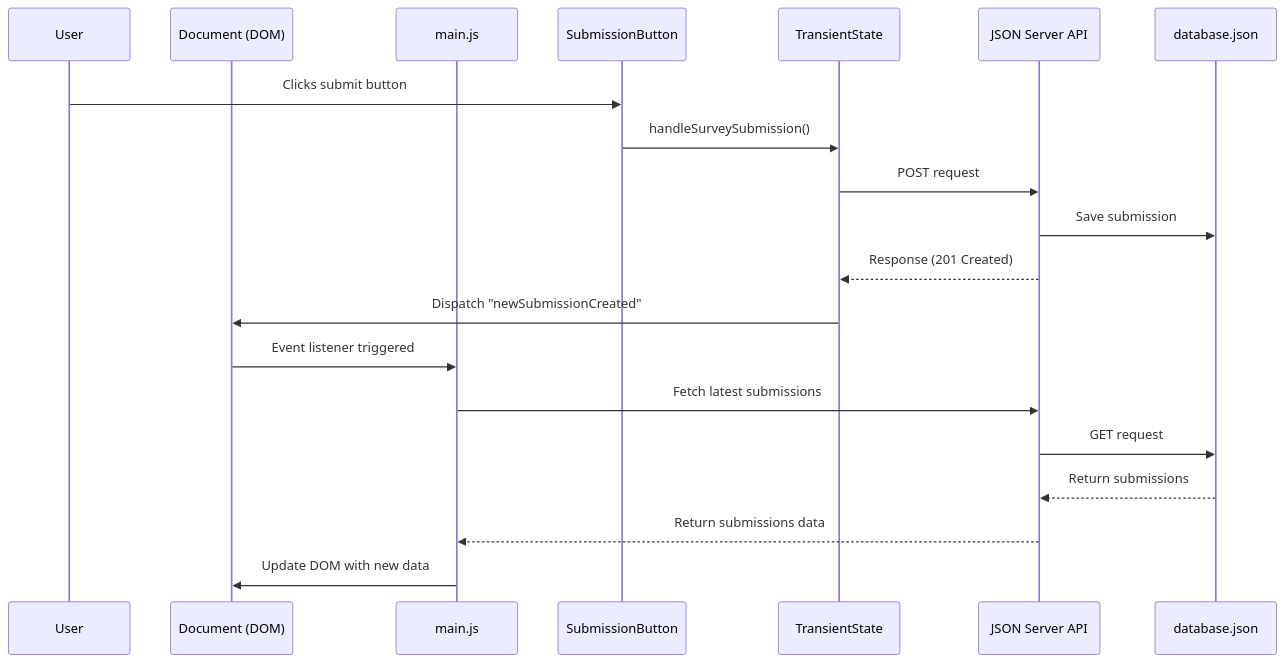
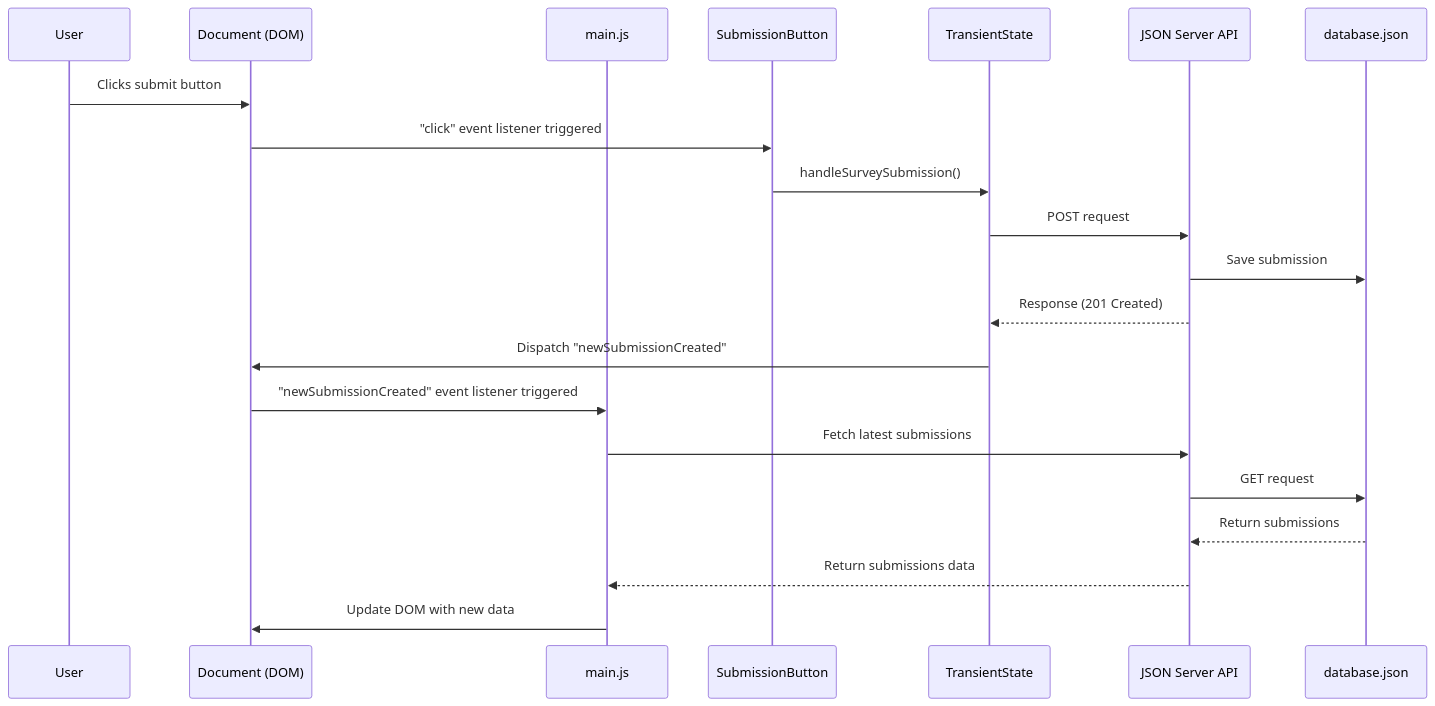
One commit to nashville-software-school/client-side-mastery changed the diagram in book-5-kneel-diamonds/chapters/IJ_CUSTOM_EVENT.md. Above: the diagram before and after it, drawn with Mermaid.

Commit message:
ij custom event ch v4

````diff
--- a/book-5-kneel-diamonds/chapters/IJ_CUSTOM_EVENT.md
+++ b/book-5-kneel-diamonds/chapters/IJ_CUSTOM_EVENT.md
@@ -95,23 +95,24 @@
 ```mermaid
 sequenceDiagram
     participant User
     participant Document as Document (DOM)
     participant Main as main.js
     participant Button as SubmissionButton
     participant TransientState
     participant API as JSON Server API
     participant DB as database.json
     
-    User->>Button: Clicks submit button
+    User->>Document: Clicks submit button
+    Document->>Button: "click" event listener triggered
     Button->>TransientState: handleSurveySubmission()
     TransientState->>API: POST request
     API->>DB: Save submission
     API-->>TransientState: Response (201 Created)
     TransientState->>Document: Dispatch "newSubmissionCreated"
-    Document->>Main: Event listener triggered
+    Document->>Main: "newSubmissionCreated" event listener triggered
     Main->>API: Fetch latest submissions
     API->>DB: GET request
     DB-->>API: Return submissions
     API-->>Main: Return submissions data
     Main->>Document: Update DOM with new data
 ```
````
